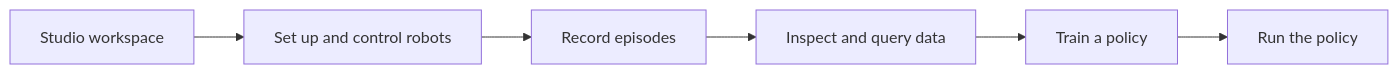
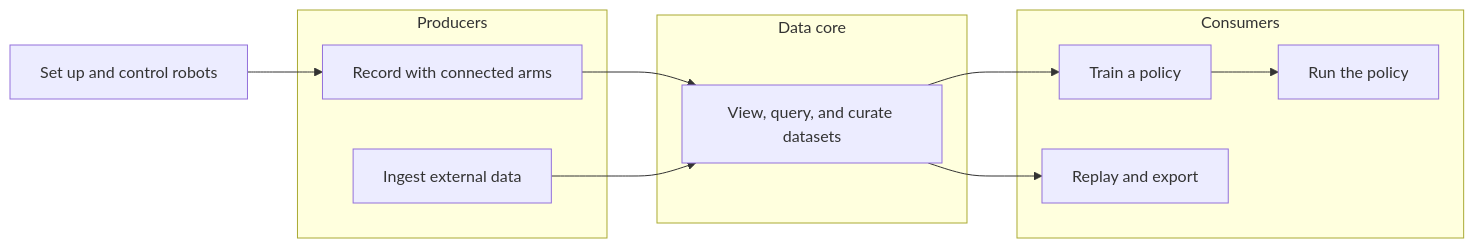
One commit to spiraldb/robotics.spiral.build changed the diagram in spec/README.md. Above: the diagram before and after it, drawn with Mermaid. The commit also changed other lines of this file and 12 other files, not shown here.

````diff
--- a/spec/README.md
+++ b/spec/README.md
@@ -13,8 +16,21 @@
 ```mermaid
 flowchart LR
-    Studio["Studio workspace"] --> Robots["Set up and control robots"]
-    Robots --> Recording["Record episodes"]
-    Recording --> Data["Inspect and query data"]
-    Data --> Training["Train a policy"]
-    Training --> Rollout["Run the policy"]
+    subgraph Producers
+        Recording["Record with connected arms"]
+        Ingestion["Ingest external data"]
+    end
+    subgraph Core["Data core"]
+        Data["View, query, and curate datasets"]
+    end
+    subgraph Consumers
+        Training["Train a policy"]
+        Rollout["Run the policy"]
+        Export["Replay and export"]
+    end
+    Robots["Set up and control robots"] --> Recording
+    Recording --> Data
+    Ingestion --> Data
+    Data --> Training
+    Training --> Rollout
+    Data --> Export
 ```
````
